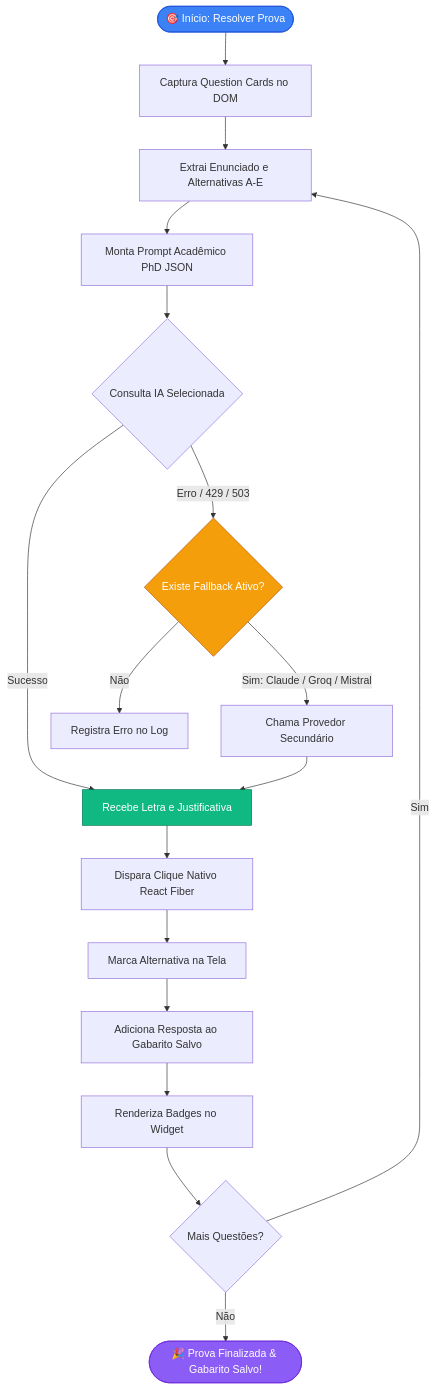
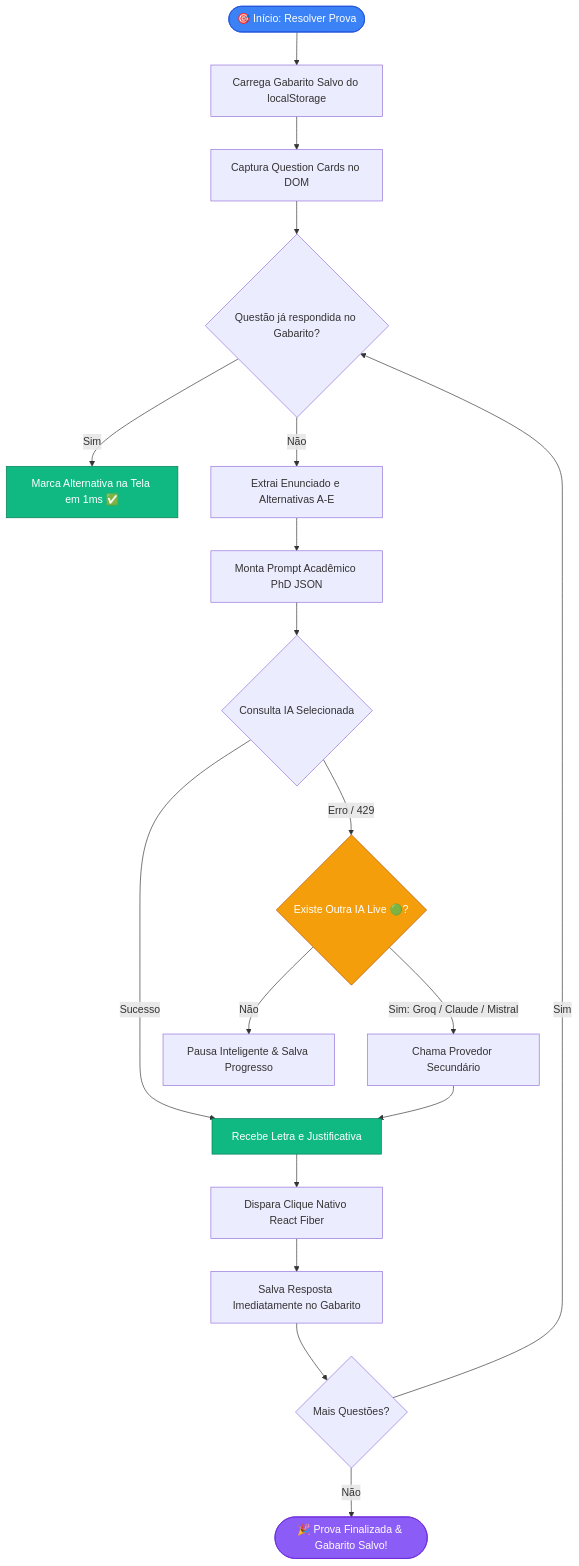
One commit to m3coder/estragacio changed the first of 2 diagrams in README.md. Above: the diagram before and after it, drawn with Mermaid. The commit also changed other lines of this file and 6 other files, not shown here.

Commit message:
fix(sync): unify storage sync between popup dashboard and in-page widget, and update READMEs for v2.0.1

````diff
--- a/README.md
+++ b/README.md
@@ -58,26 +60,29 @@
 ```mermaid
 flowchart TD
-    A([🎯 Início: Resolver Prova]) --> B[Captura Question Cards no DOM]
-    B --> C[Extrai Enunciado e Alternativas A-E]
-    C --> D[Monta Prompt Acadêmico PhD JSON]
-    D --> E{Consulta IA Selecionada}
+    A([🎯 Início: Resolver Prova]) --> B[Carrega Gabarito Salvo do localStorage]
+    B --> C[Captura Question Cards no DOM]
+    C --> D{Questão já respondida no Gabarito?}
     
-    E -- Sucesso --> F[Recebe Letra e Justificativa]
-    E -- Erro / 429 / 503 --> G{Existe Fallback Ativo?}
-    G -- Sim: Claude / Groq / Mistral --> H[Chama Provedor Secundário]
-    H --> F
-    G -- Não --> I[Registra Erro no Log]
+    D -- Sim --> E[Marca Alternativa na Tela em 1ms ✅]
+    D -- Não --> F[Extrai Enunciado e Alternativas A-E]
+    F --> G[Monta Prompt Acadêmico PhD JSON]
+    G --> H{Consulta IA Selecionada}
     
-    F --> J[Dispara Clique Nativo React Fiber]
-    J --> K[Marca Alternativa na Tela]
-    K --> L[Adiciona Resposta ao Gabarito Salvo]
-    L --> M[Renderiza Badges no Widget]
-    M --> N{Mais Questões?}
-    N -- Sim --> C
-    N -- Não --> O([🎉 Prova Finalizada & Gabarito Salvo!])
+    H -- Sucesso --> I[Recebe Letra e Justificativa]
+    H -- Erro / 429 --> J{Existe Outra IA Live 🟢?}
+    J -- Sim: Groq / Claude / Mistral --> K[Chama Provedor Secundário]
+    K --> I
+    J -- Não --> L[Pausa Inteligente & Salva Progresso]
+    
+    I --> M[Dispara Clique Nativo React Fiber]
+    M --> N[Salva Resposta Imediatamente no Gabarito]
+    N --> O{Mais Questões?}
+    O -- Sim --> D
+    O -- Não --> P([🎉 Prova Finalizada & Gabarito Salvo!])
 
     style A fill:#3b82f6,stroke:#1d4ed8,color:#fff
-    style F fill:#10b981,stroke:#047857,color:#fff
-    style G fill:#f59e0b,stroke:#b45309,color:#fff
-    style O fill:#8b5cf6,stroke:#6d28d9,color:#fff
+    style E fill:#10b981,stroke:#047857,color:#fff
+    style I fill:#10b981,stroke:#047857,color:#fff
+    style J fill:#f59e0b,stroke:#b45309,color:#fff
+    style P fill:#8b5cf6,stroke:#6d28d9,color:#fff
 ```
````
